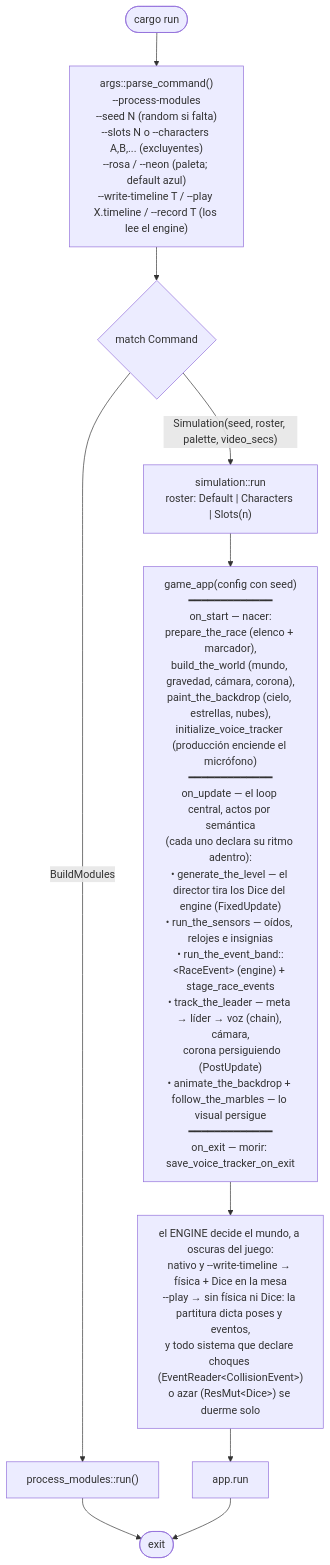
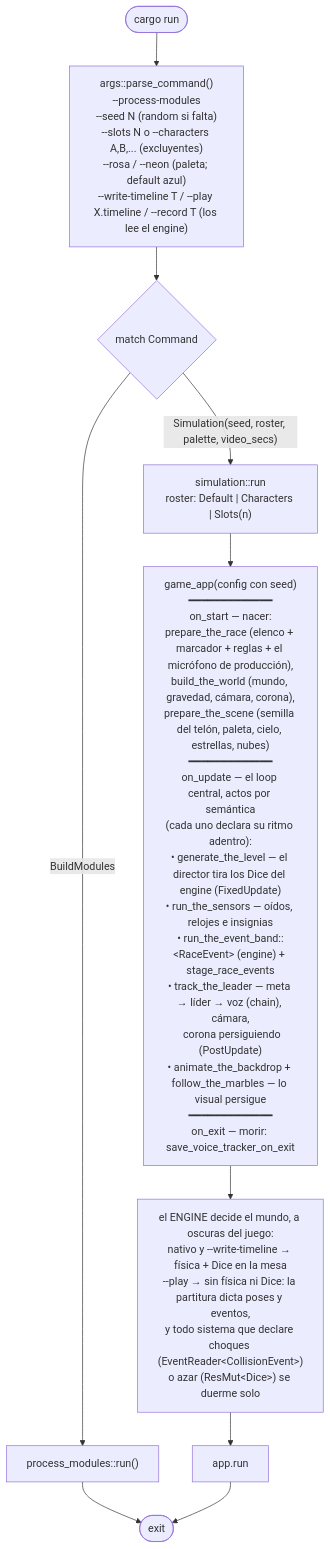
Before and after one commit to jesusgomeznuz/canicasbrawl-rapier: the first of 5 diagrams in docs/flow.md, drawn with Mermaid. The commit also changed 5 other files, not shown here.

First line of the commit message:
refactor: on_start en tres actos — prepare_the_scene y el micrófono viaja

````diff
--- a/docs/flow.md
+++ b/docs/flow.md
@@ -7,15 +7,15 @@
 ```mermaid
 flowchart TD
     Start([cargo run]) --> Parse["args::parse_command()<br/>--process-modules<br/>--seed N (random si falta)<br/>--slots N o --characters A,B,... (excluyentes)<br/>--rosa / --neon (paleta; default azul)<br/>--write-timeline T / --play X.timeline / --record T (los lee el engine)"]
     Parse --> Match{match Command}
     Match -- BuildModules --> Editor["process_modules::run()"]
     Match -- "Simulation(seed, roster, palette, video_secs)" --> Run["simulation::run<br/>roster: Default | Characters | Slots(n)"]
 
-    Run --> Fases["game_app(config con seed)<br/>━━━━━━━━━━━━━<br/>on_start — nacer:<br/>prepare_the_race (elenco + marcador),<br/>build_the_world (mundo, gravedad, cámara, corona),<br/>paint_the_backdrop (cielo, estrellas, nubes),<br/>initialize_voice_tracker (producción enciende el micrófono)<br/>━━━━━━━━━━━━━<br/>on_update — el loop central, actos por semántica<br/>(cada uno declara su ritmo adentro):<br/>• generate_the_level — el director tira los Dice del engine (FixedUpdate)<br/>• run_the_sensors — oídos, relojes e insignias<br/>• run_the_event_band::&lt;RaceEvent&gt; (engine) + stage_race_events<br/>• track_the_leader — meta → líder → voz (chain), cámara,<br/>&nbsp;&nbsp;corona persiguiendo (PostUpdate)<br/>• animate_the_backdrop + follow_the_marbles — lo visual persigue<br/>━━━━━━━━━━━━━<br/>on_exit — morir: save_voice_tracker_on_exit"]
+    Run --> Fases["game_app(config con seed)<br/>━━━━━━━━━━━━━<br/>on_start — nacer:<br/>prepare_the_race (elenco + marcador + reglas + el micrófono de producción),<br/>build_the_world (mundo, gravedad, cámara, corona),<br/>prepare_the_scene (semilla del telón, paleta, cielo, estrellas, nubes)<br/>━━━━━━━━━━━━━<br/>on_update — el loop central, actos por semántica<br/>(cada uno declara su ritmo adentro):<br/>• generate_the_level — el director tira los Dice del engine (FixedUpdate)<br/>• run_the_sensors — oídos, relojes e insignias<br/>• run_the_event_band::&lt;RaceEvent&gt; (engine) + stage_race_events<br/>• track_the_leader — meta → líder → voz (chain), cámara,<br/>&nbsp;&nbsp;corona persiguiendo (PostUpdate)<br/>• animate_the_backdrop + follow_the_marbles — lo visual persigue<br/>━━━━━━━━━━━━━<br/>on_exit — morir: save_voice_tracker_on_exit"]
 
     Fases --> Dark["el ENGINE decide el mundo, a oscuras del juego:<br/>nativo y --write-timeline → física + Dice en la mesa<br/>--play → sin física ni Dice: la partitura dicta poses y eventos,<br/>y todo sistema que declare choques (EventReader&lt;CollisionEvent&gt;)<br/>o azar (ResMut&lt;Dice&gt;) se duerme solo"]
 
     Editor --> End([exit])
     Dark --> Loop["app.run"]
     Loop --> End
 ```
````
